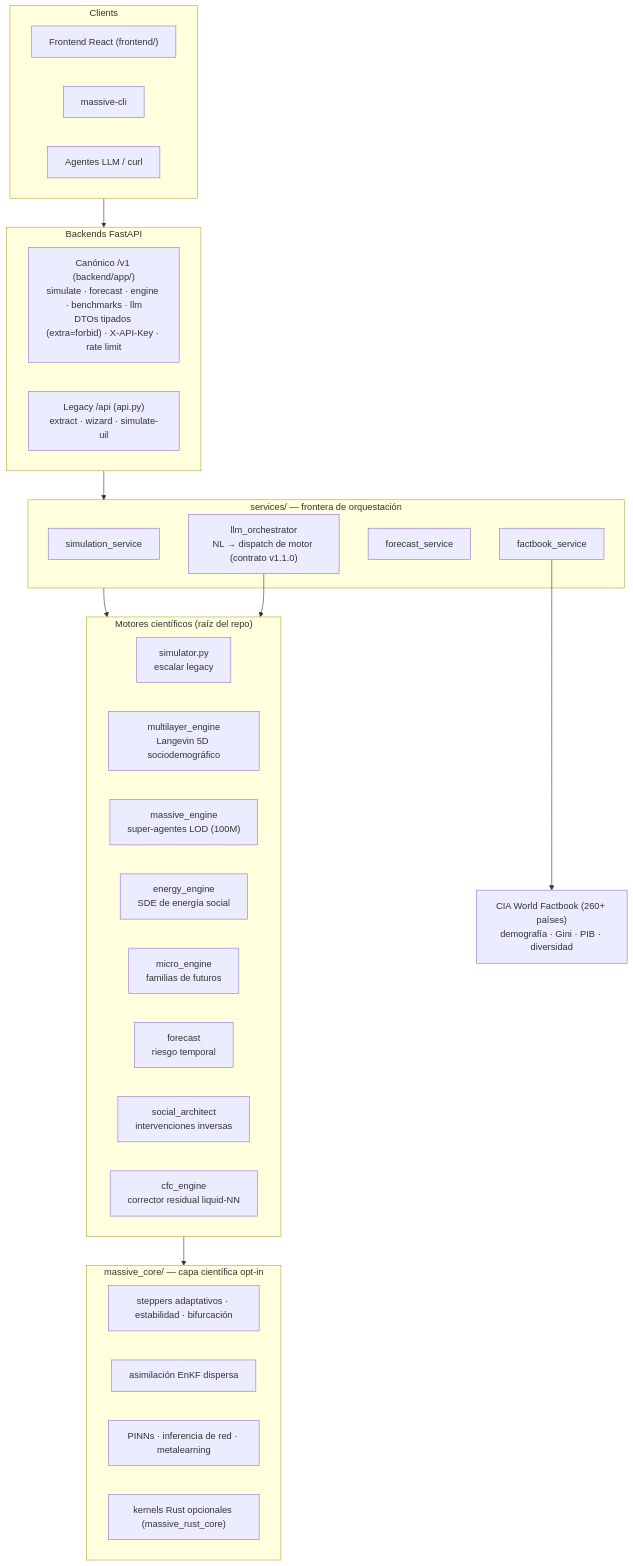
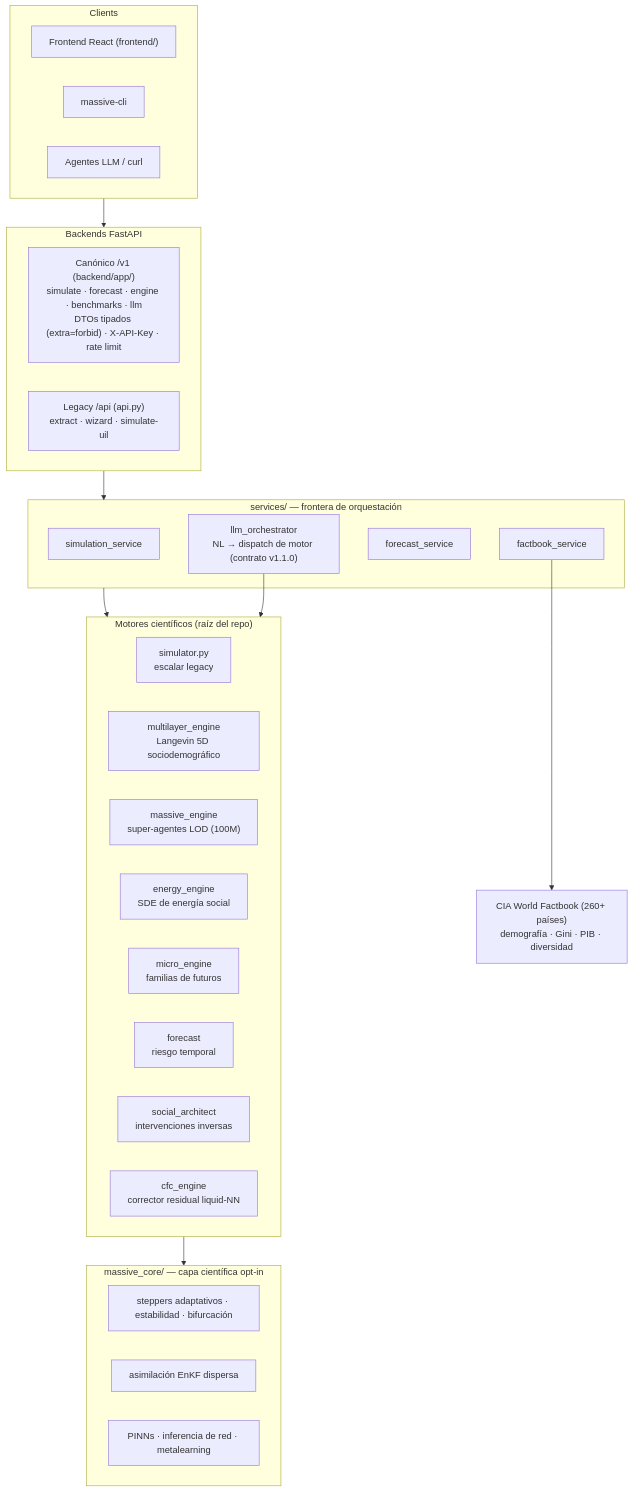
The diagram in README_ES.md (Adlgr87/MASSIVE), drawn with Mermaid before and after one commit. The commit also changed other lines of this file and 25 other files, not shown here.

````diff
--- a/README_ES.md
+++ b/README_ES.md
@@ -99,45 +98,44 @@
 ```mermaid
 flowchart TB
     subgraph Clients
         FE["Frontend React (frontend/)"]
         CLI["massive-cli"]
         AG["Agentes LLM / curl"]
     end
 
     subgraph API["Backends FastAPI"]
         V1["Canónico /v1 (backend/app/)<br/>simulate · forecast · engine · benchmarks · llm<br/>DTOs tipados (extra=forbid) · X-API-Key · rate limit"]
         LEG["Legacy /api (api.py)<br/>extract · wizard · simulate-uil"]
     end
 
     subgraph Services["services/ — frontera de orquestación"]
         ORCH["llm_orchestrator<br/>NL → dispatch de motor (contrato v1.1.0)"]
         SIM["simulation_service"]
         FOR["forecast_service"]
         FB["factbook_service"]
     end
 
     subgraph Engines["Motores científicos (raíz del repo)"]
         direction LR
         E1["simulator.py<br/>escalar legacy"]
         E2["multilayer_engine<br/>Langevin 5D sociodemográfico"]
         E3["massive_engine<br/>super-agentes LOD (100M)"]
         E4["energy_engine<br/>SDE de energía social"]
         E5["micro_engine<br/>familias de futuros"]
         E6["forecast<br/>riesgo temporal"]
         E7["social_architect<br/>intervenciones inversas"]
         E8["cfc_engine<br/>corrector residual liquid-NN"]
     end
 
     subgraph Core["massive_core/ — capa científica opt-in"]
         C1["steppers adaptativos · estabilidad · bifurcación"]
         C2["asimilación EnKF dispersa"]
         C3["PINNs · inferencia de red · metalearning"]
-        C4["kernels Rust opcionales (massive_rust_core)"]
     end
 
     DATA["CIA World Factbook (260+ países)<br/>demografía · Gini · PIB · diversidad"]
 
     Clients --> API --> Services --> Engines --> Core
     FB --> DATA
     ORCH --> Engines
 ```
````
